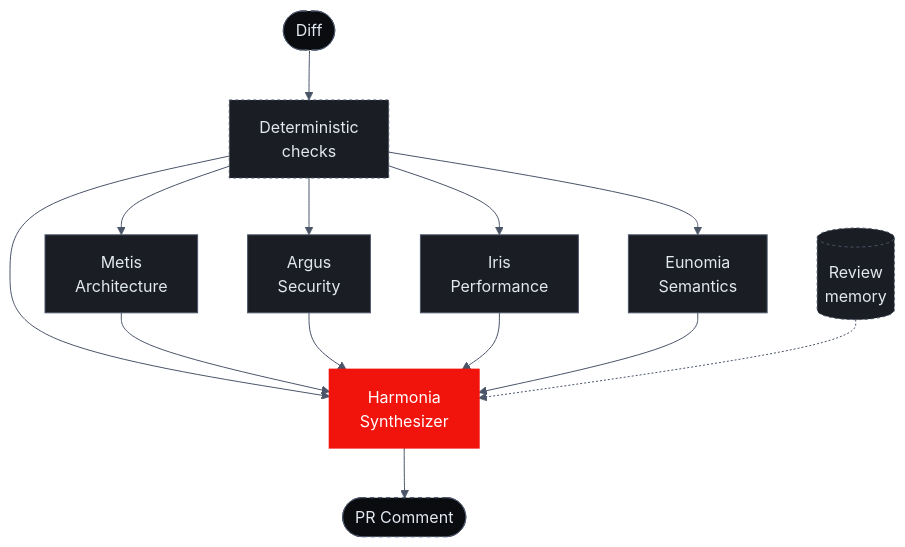
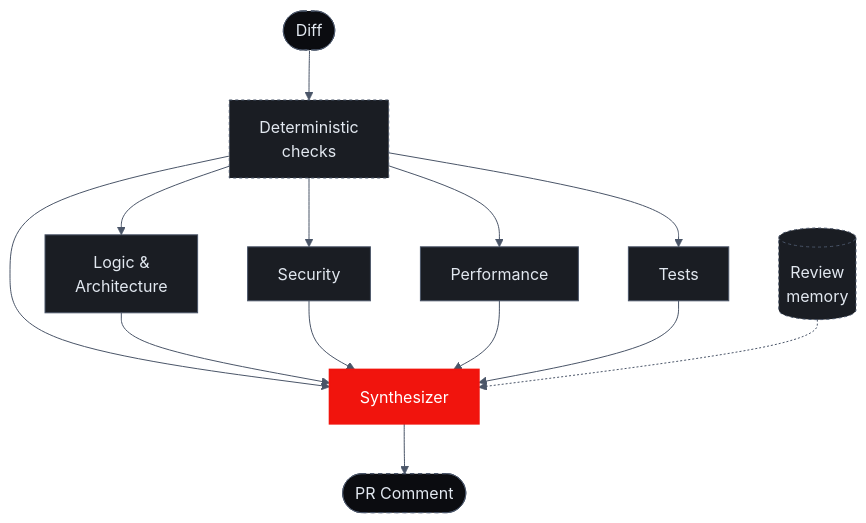
The diagram in pages/how-it-works/the-ensemble.mdx (Arc-and-Anchor/sigilix-docs), drawn with Mermaid before and after one commit. The commit also changed other lines of this file and 31 other files, not shown here.

````diff
--- a/pages/how-it-works/the-ensemble.mdx
+++ b/pages/how-it-works/the-ensemble.mdx
@@ -16,46 +16,46 @@
 ```mermaid
 %%{init: {
   'theme': 'base',
   'themeVariables': {
     'background': '#0B0C10',
     'primaryColor': '#1A1D23',
     'primaryTextColor': '#E2E8F0',
     'primaryBorderColor': '#4A5568',
     'lineColor': '#4A5568',
     'fontFamily': 'ui-monospace, SFMono-Regular, Menlo, Monaco, Consolas, monospace'
   }
 } }%%
 flowchart TD
     diff([Diff])
     det["Deterministic<br/>checks"]
-    athena["Metis<br/>Architecture"]
-    argus["Argus<br/>Security"]
-    hermes["Iris<br/>Performance"]
-    themis["Eunomia<br/>Semantics"]
-    zeus["Harmonia<br/>Synthesizer"]
+    athena["Logic &<br/>Architecture"]
+    argus["Security"]
+    hermes["Performance"]
+    themis["Tests"]
+    zeus["Synthesizer"]
     mem[("Review<br/>memory")]
     pr([PR Comment])
 
     diff --> det
     det --> athena
     det --> argus
     det --> hermes
     det --> themis
     det --> zeus
     athena --> zeus
     argus --> zeus
     hermes --> zeus
     themis --> zeus
     mem -.-> zeus
     zeus --> pr
 
     classDef specialist fill:#1A1D23,stroke:#4A5568,color:#E2E8F0,stroke-width:1px
     classDef preLLM fill:#1A1D23,stroke:#4A5568,color:#E2E8F0,stroke-width:1px,stroke-dasharray: 3 3
     classDef zeusStyle fill:#f1140d,stroke:#f1140d,color:#FFFFFF,stroke-width:2px
     classDef output fill:#0B0C10,stroke:#4A5568,color:#E2E8F0,stroke-width:1px,stroke-dasharray: 4 4
 
     class athena,argus,hermes,themis specialist
     class det,mem preLLM
     class zeus zeusStyle
     class diff,pr output
 ```
````
